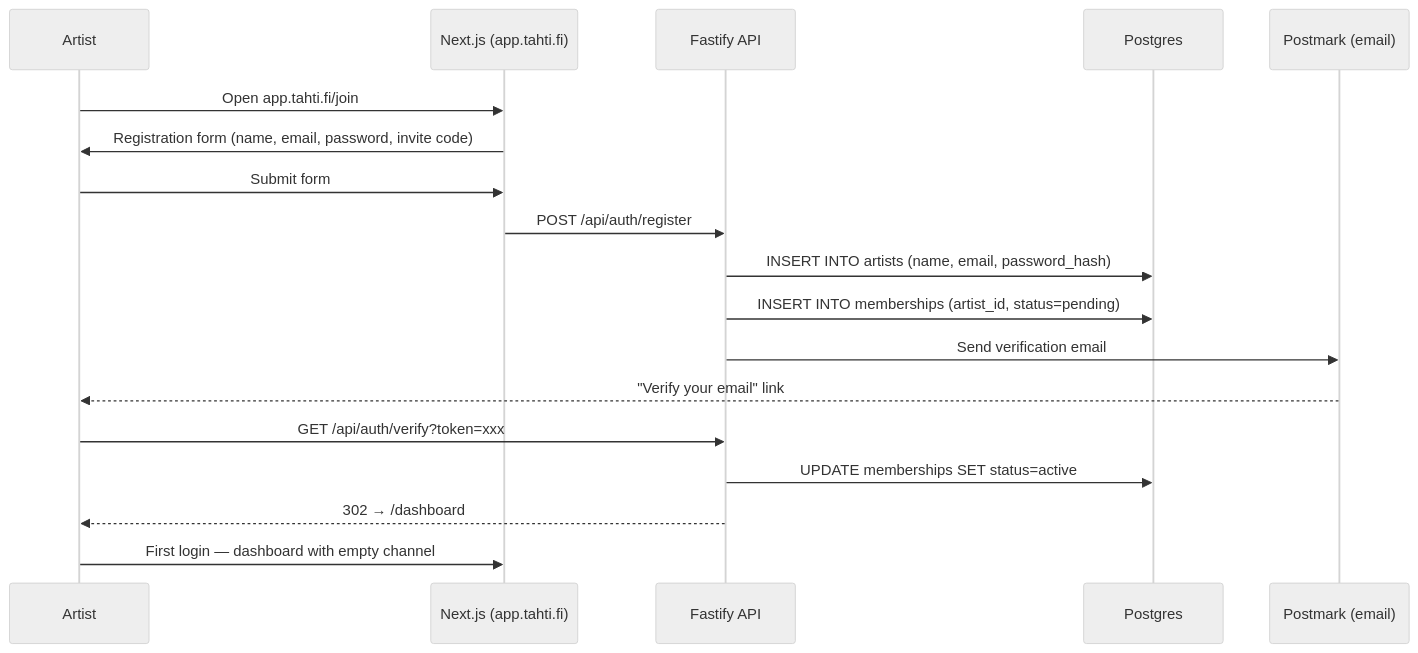
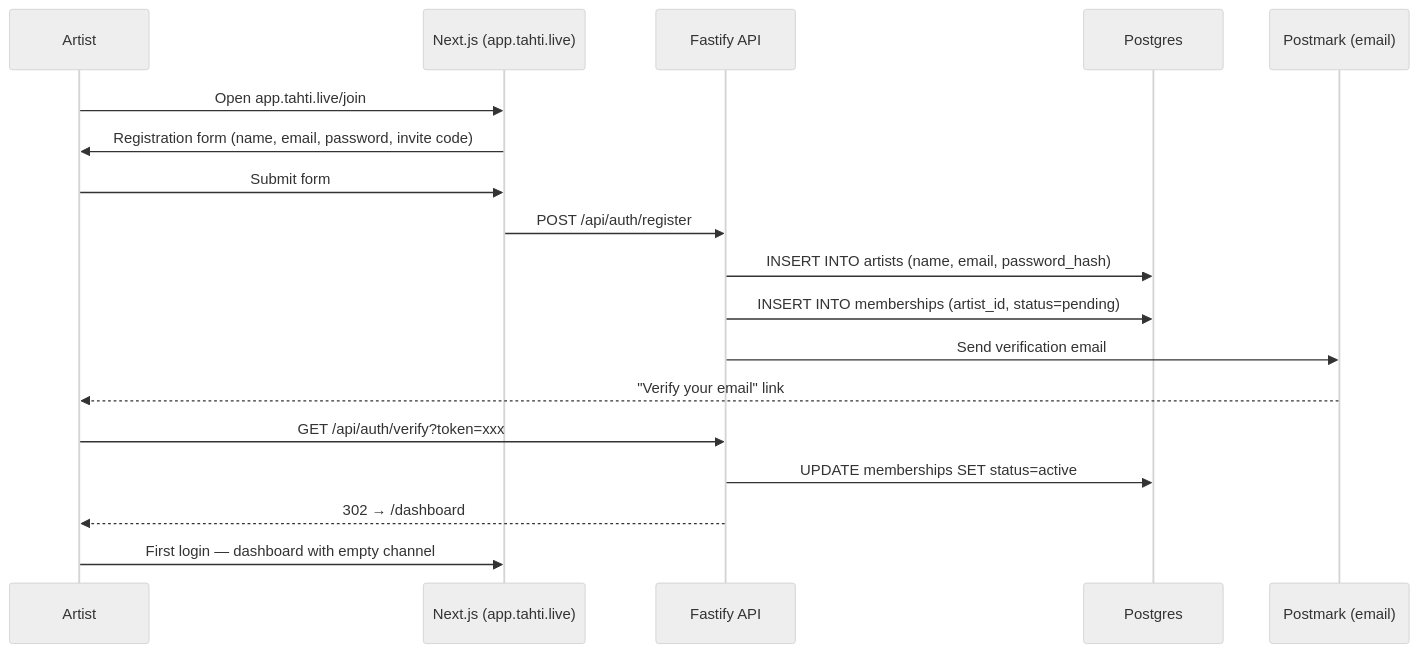
The second of 6 diagrams in docs/technical/phase-4.md (janiluuk/tahti-org), drawn with Mermaid (neutral theme) before and after one commit. The commit also changed other lines of this file and 148 other files, not shown here.

First line of the commit message:
feat(m10): member governance, chat polish, domain rename to tahti.live

````diff
--- a/docs/technical/phase-4.md
+++ b/docs/technical/phase-4.md
@@ -88,21 +88,21 @@
 ```mermaid
 sequenceDiagram
     participant A as Artist
-    participant Web as Next.js (app.tahti.fi)
+    participant Web as Next.js (app.tahti.live)
     participant API as Fastify API
     participant PG as Postgres
     participant MH as Postmark (email)
 
-    A->>Web: Open app.tahti.fi/join
+    A->>Web: Open app.tahti.live/join
     Web->>A: Registration form (name, email, password, invite code)
     A->>Web: Submit form
     Web->>API: POST /api/auth/register
     API->>PG: INSERT INTO artists (name, email, password_hash)
     API->>PG: INSERT INTO memberships (artist_id, status=pending)
     API->>MH: Send verification email
     MH-->>A: "Verify your email" link
     A->>API: GET /api/auth/verify?token=xxx
     API->>PG: UPDATE memberships SET status=active
     API-->>A: 302 → /dashboard
     A->>Web: First login — dashboard with empty channel
 ```
````
